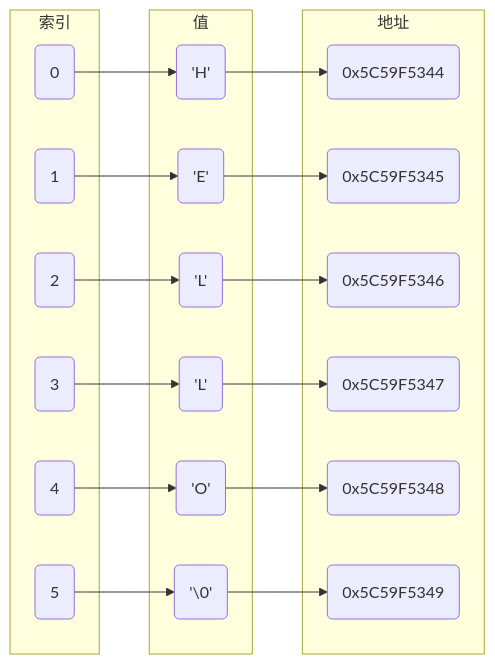
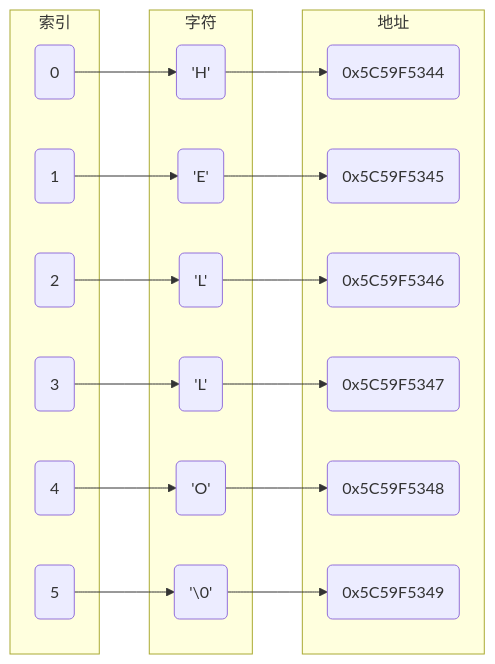
One commit to dmjcb/SelfBlog changed the first of 3 diagrams in Language/C&C++/Char/字符.md. Above: the diagram before and after it, drawn with Mermaid. The commit also changed other lines of this file and 9 other files, not shown here.

````diff
--- a/Language/C&C++/Char/字符.md
+++ b/Language/C&C++/Char/字符.md
@@ -49,29 +51,29 @@
 ```mermaid
 graph LR
     subgraph 地址
         a0(0x5C59F5344)
         a1(0x5C59F5345)
         a2(0x5C59F5346)
         a3(0x5C59F5347)
         a4(0x5C59F5348)
         a5(0x5C59F5349)
     end
 
-    subgraph 值
+    subgraph 字符
         v0('H')
         v1('E')
         v2('L')
         v3('L')
         v4('O')
         v5('\0')
     end
 
     subgraph 索引
         i0(0)-->v0-->a0
         i1(1)-->v1-->a1
         i2(2)-->v2-->a2
         i3(3)-->v3-->a3
         i4(4)-->v4-->a4
         i5(5)-->v5-->a5
     end
 ```
````
